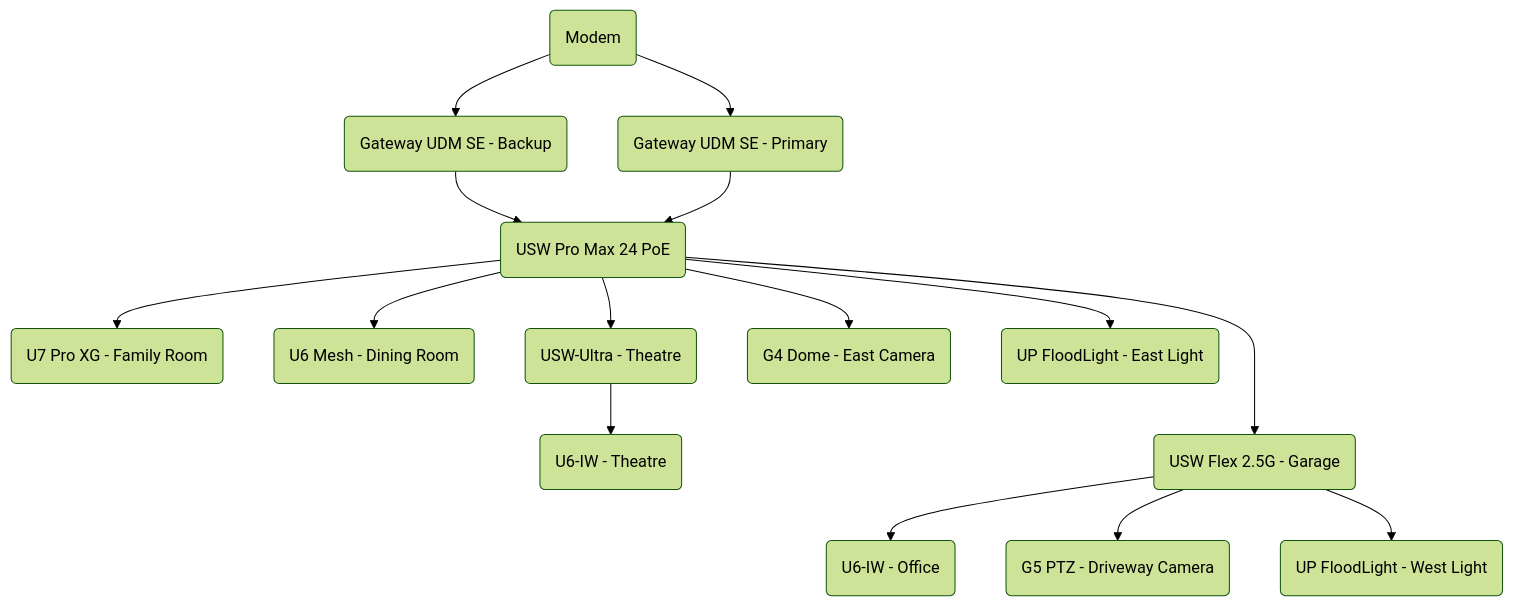
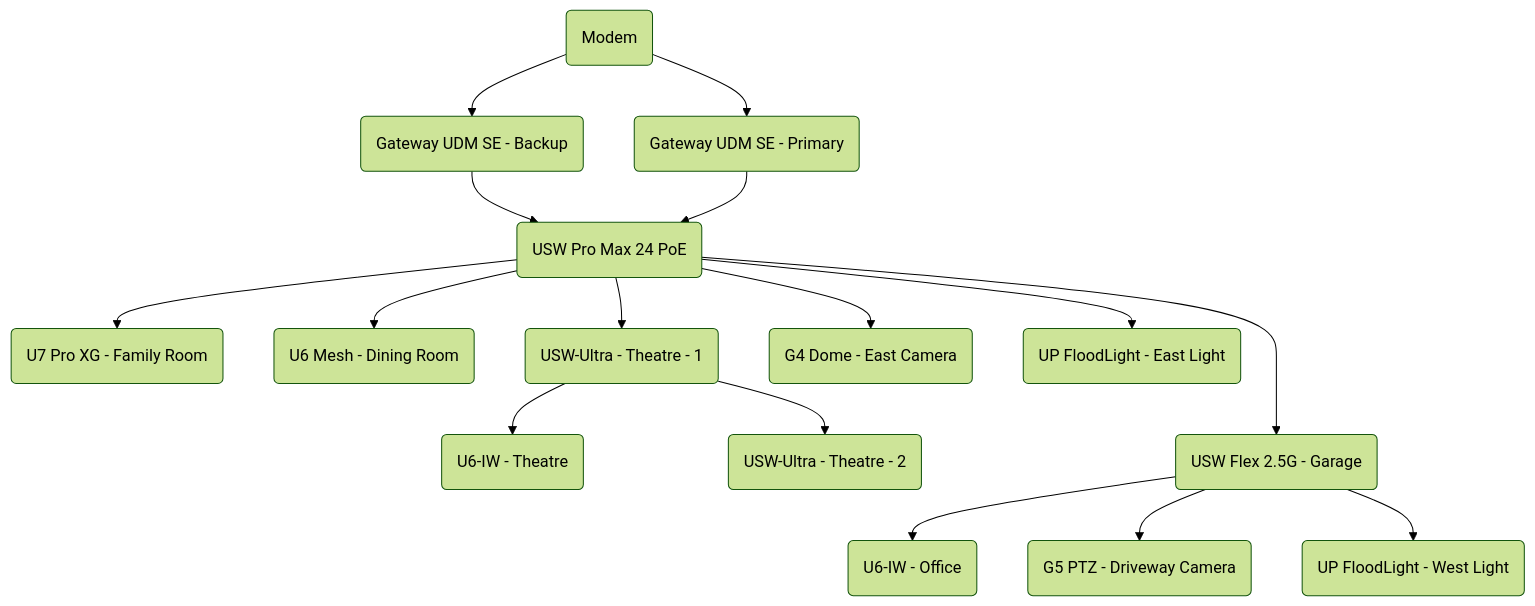
Before and after one commit to jaredfiorali/infrastructure: the third of 3 diagrams in README.md, drawn with Mermaid (forest theme). The commit also changed other lines of this file and 1 other file, not shown here.

````diff
--- a/README.md
+++ b/README.md
@@ -188,17 +188,18 @@
 ```mermaid
 graph TD
     A(Modem) --> B(Gateway UDM SE - Backup)
     A(Modem) --> C(Gateway UDM SE - Primary)
     B(Gateway UDM SE - Backup) --> D(USW Pro Max 24 PoE)
     C(Gateway UDM SE - Primary) --> D(USW Pro Max 24 PoE)
     D(USW Pro Max 24 PoE) --> E(U7 Pro XG - Family Room)
     D(USW Pro Max 24 PoE) --> F(U6 Mesh - Dining Room)
     D(USW Pro Max 24 PoE) --> G(USW-Ultra - Theatre)
     G(USW-Ultra - Theatre) --> H(U6-IW - Theatre)
+    G(USW-Ultra - Theatre - 1) --> O(USW-Ultra - Theatre - 2)
     D(USW Pro Max 24 PoE) --> I(G4 Dome - East Camera)
     D(USW Pro Max 24 PoE) --> J(UP FloodLight - East Light)
     D(USW Pro Max 24 PoE) ---> K(USW Flex 2.5G - Garage)
     K(USW Flex 2.5G - Garage) --> L(U6-IW - Office)
     K(USW Flex 2.5G - Garage) --> M(G5 PTZ - Driveway Camera)
     K(USW Flex 2.5G - Garage) --> N(UP FloodLight - West Light)
 ```
````
